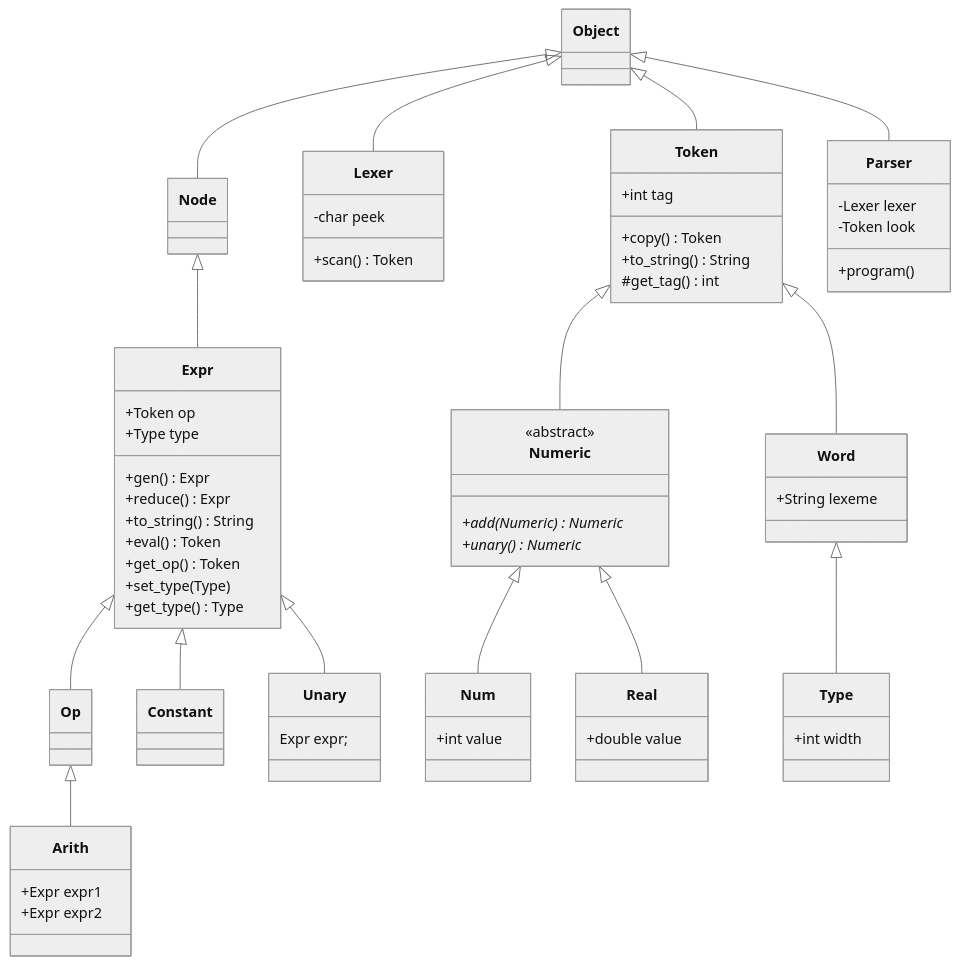
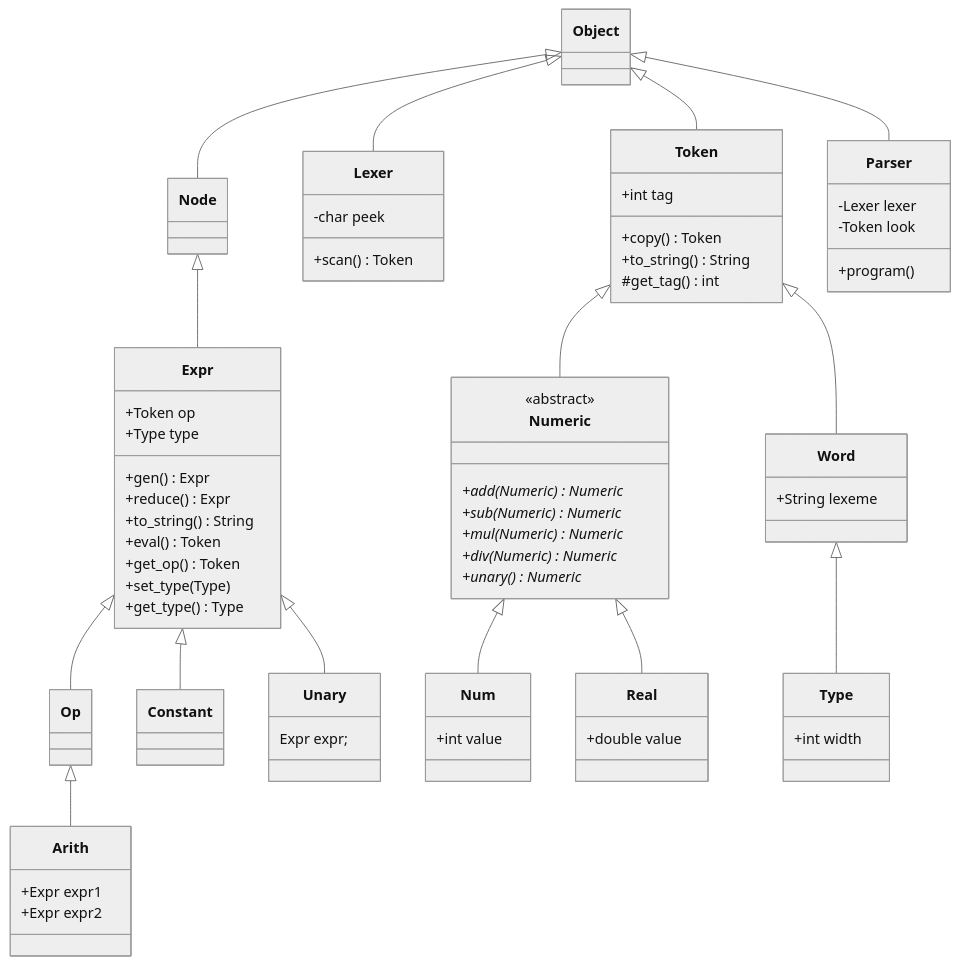
The diagram in diagram.md (nwhean/42_computorv), drawn with Mermaid (neutral theme) before and after one commit. The commit also changed 5 other files, not shown here.

Commit message:
Enabled evaluation of expressions with sub, mul and div operators

```diff
--- a/diagram.md
+++ b/diagram.md
@@ -53,6 +53,9 @@
 	class Numeric {
 		<<abstract>>
 		+add(Numeric) Numeric*
+		+sub(Numeric) Numeric*
+		+mul(Numeric) Numeric*
+		+div(Numeric) Numeric*
 		+unary() Numeric*
 	}
 
```
